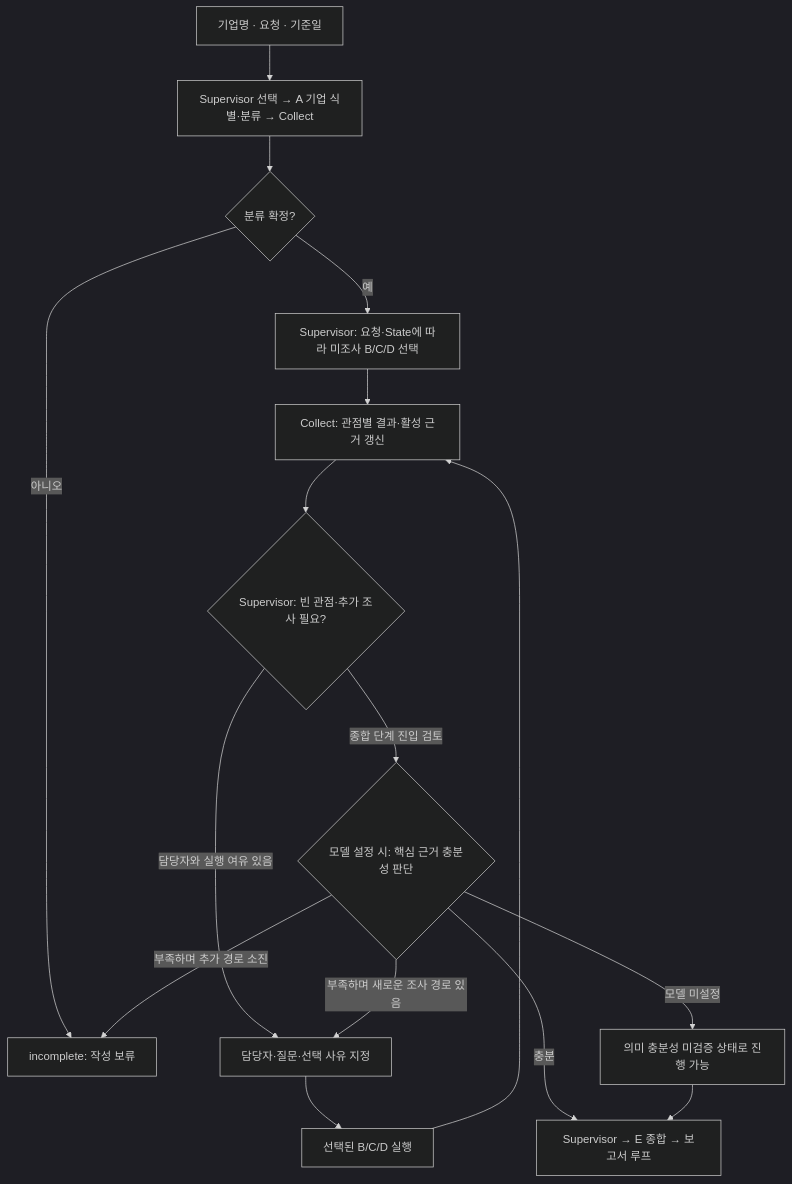
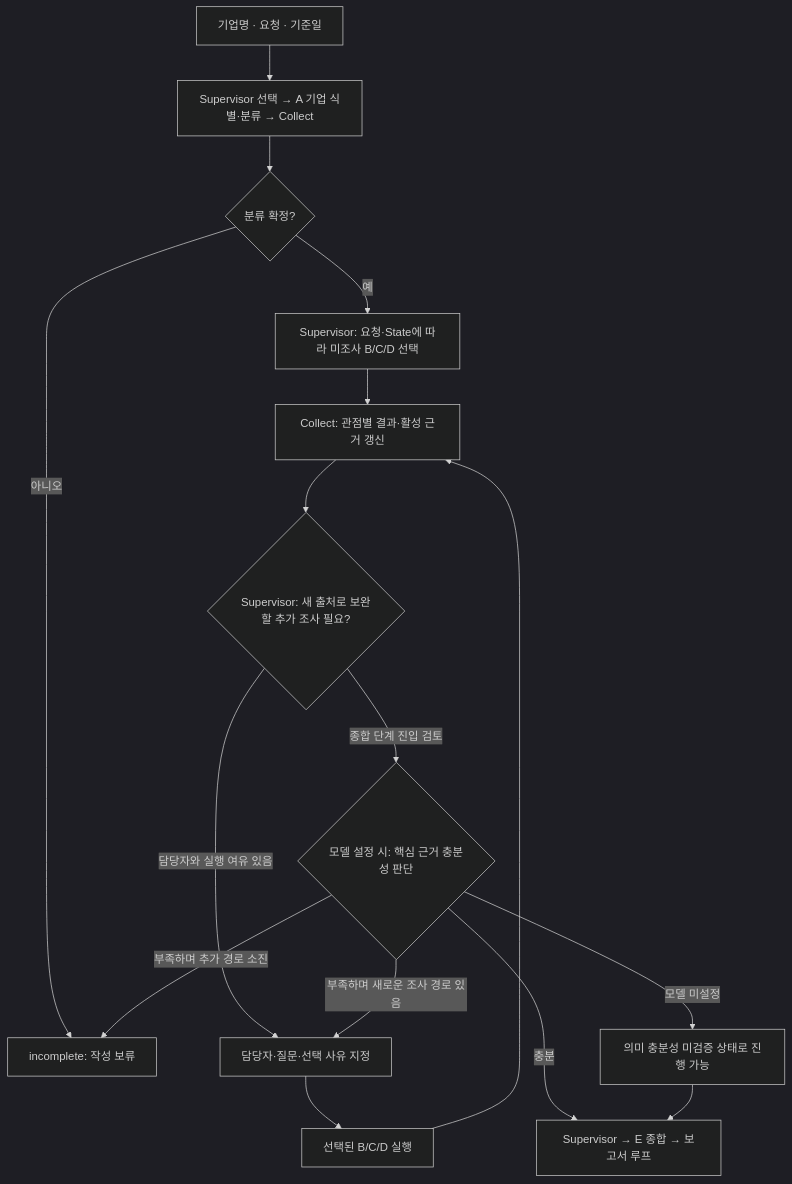
The second of 3 diagrams in README.md (jihun-24k/skala-rag-pipeline), drawn with Mermaid (dark theme) before and after one commit. The commit also changed other lines of this file and 12 other files, not shown here.

````diff
--- a/README.md
+++ b/README.md
@@ -165,18 +165,18 @@
 ```mermaid
 flowchart TD
     input["기업명 · 요청 · 기준일"] --> classify["Supervisor 선택 → A 기업 식별·분류 → Collect"]
     classify --> identity{"분류 확정?"}
     identity -->|아니오| stopResearch["incomplete: 작성 보류"]
     identity -->|예| initial["Supervisor: 요청·State에 따라 미조사 B/C/D 선택"]
     initial --> findings["Collect: 관점별 결과·활성 근거 갱신"]
-    findings --> gaps{"Supervisor: 빈 관점·추가 조사 필요?"}
+    findings --> gaps{"Supervisor: 새 출처로 보완할 추가 조사 필요?"}
     gaps -->|담당자와 실행 여유 있음| questions["담당자·질문·선택 사유 지정"]
     questions --> workers["선택된 B/C/D 실행"]
     workers --> findings
     gaps -->|종합 단계 진입 검토| sufficiency{"모델 설정 시: 핵심 근거 충분성 판단"}
     sufficiency -->|부족하며 새로운 조사 경로 있음| questions
     sufficiency -->|부족하며 추가 경로 소진| stopResearch
     sufficiency -->|충분| summary["Supervisor → E 종합 → 보고서 루프"]
     sufficiency -->|모델 미설정| limited["의미 충분성 미검증 상태로 진행 가능"]
     limited --> summary
 ```
````
